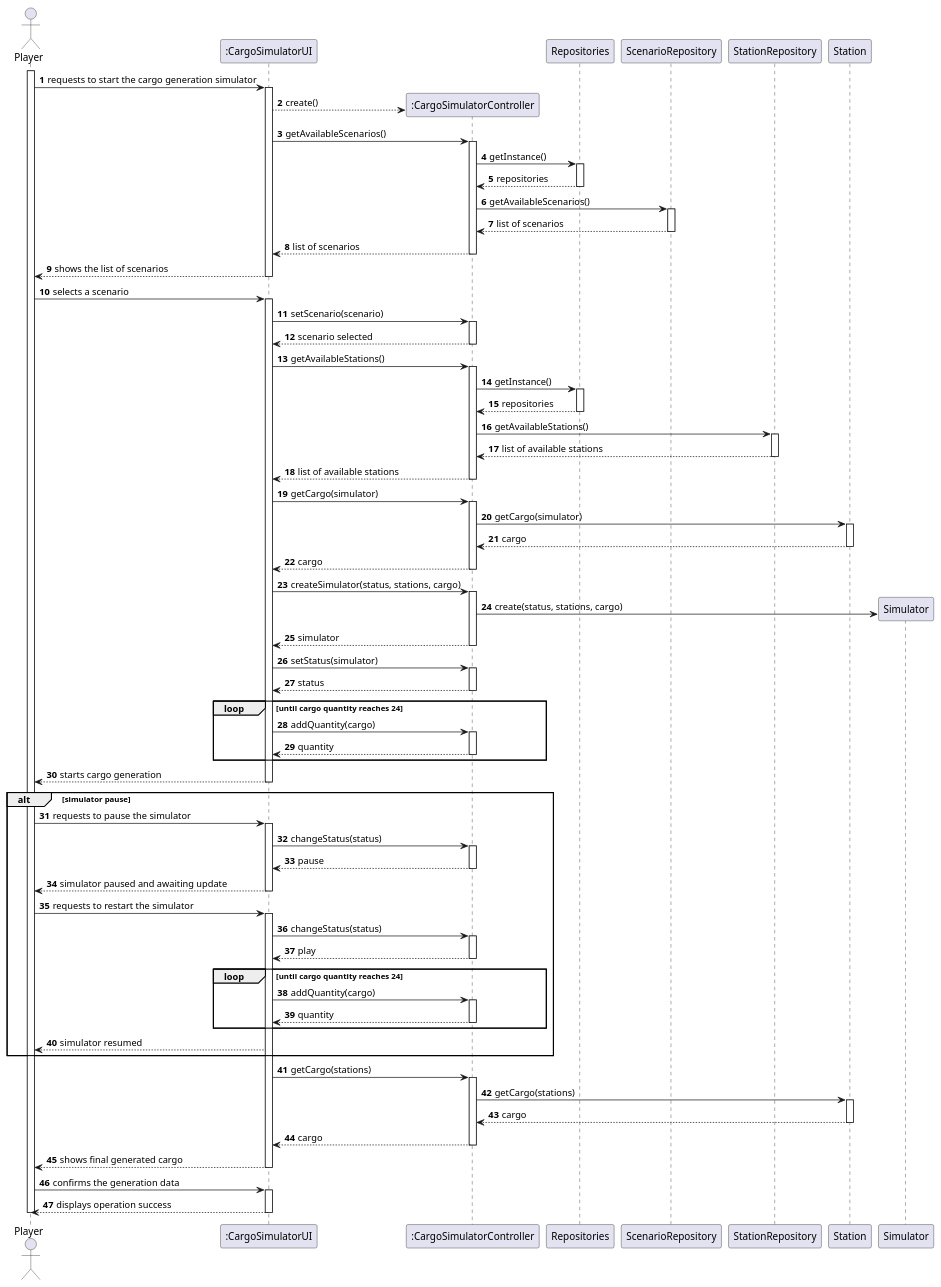
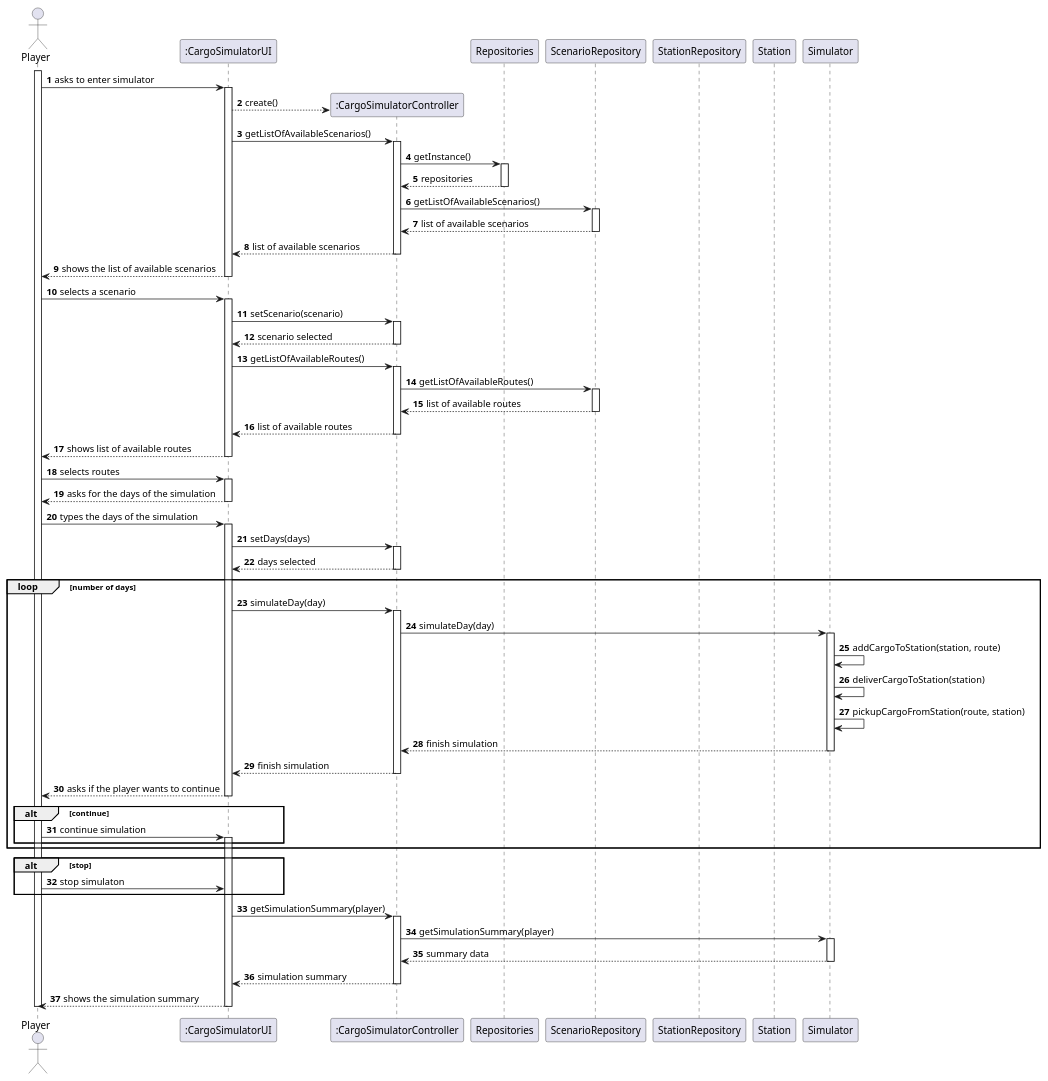
The diagram in Sprint2/US012/03.design/puml/US012-SD-full.puml (1240935/pi2-railway-simulator), drawn with PlantUML before and after one commit. The commit also changed 7 other files, not shown here.

```diff
--- a/Sprint2/US012/03.design/puml/US012-SD-full.puml
+++ b/Sprint2/US012/03.design/puml/US012-SD-full.puml
@@ -1,180 +1,132 @@
 @startuml
 'skinparam monochrome true
 skinparam packageStyle rectangle
 skinparam shadowing false
 
 autonumber
 
 actor "Player" as PLAYER
 participant ":CargoSimulatorUI" as UI
 participant ":CargoSimulatorController" as CTRL
 participant "Repositories" as REPOS
 participant "ScenarioRepository" as SREPOS
 participant "StationRepository" as STREPOS
 participant "Station" as STATION
-participant "Simulator" as SIMULATOR
+participant "Simulator" as SIM
 
 activate PLAYER
 
-    PLAYER -> UI : requests to start the cargo generation simulator
-    activate UI
+     PLAYER -> UI : asks to enter simulator
+            activate UI
 
-        UI --> CTRL** : create()
+                UI --> CTRL** : create()
+                UI -> CTRL : getListOfAvailableScenarios()
+                activate CTRL
 
-            UI -> CTRL : getAvailableScenarios()
-            activate CTRL
+                    CTRL -> REPOS : getInstance()
+                    activate REPOS
 
-            CTRL -> REPOS : getInstance()
-            activate REPOS
+                        REPOS --> CTRL : repositories
+                    deactivate REPOS
 
-            REPOS --> CTRL: repositories
+                    CTRL -> SREPOS : getListOfAvailableScenarios()
+                    activate SREPOS
 
-            deactivate REPOS
+                        SREPOS --> CTRL : list of available scenarios
+                    deactivate SREPOS
 
-            CTRL -> SREPOS : getAvailableScenarios()
-            activate SREPOS
+                    CTRL --> UI : list of available scenarios
+                deactivate CTRL
 
-            SREPOS --> CTRL : list of scenarios
-
-            deactivate SREPOS
-            CTRL --> UI : list of scenarios
-            deactivate CTRL
-              UI --> PLAYER : shows the list of scenarios
-
+            UI --> PLAYER : shows the list of available scenarios
             deactivate UI
 
+            PLAYER -> UI : selects a scenario
+            activate UI
 
-            PLAYER -> UI: selects a scenario
+                UI -> CTRL : setScenario(scenario)
+                activate CTRL
+
+                    CTRL --> UI : scenario selected
+                deactivate CTRL
+
+                UI -> CTRL : getListOfAvailableRoutes()
+                activate CTRL
+
+                    CTRL -> SREPOS : getListOfAvailableRoutes()
+                    activate SREPOS
+
+                        SREPOS --> CTRL : list of available routes
+                    deactivate SREPOS
+
+                    CTRL --> UI : list of available routes
+                deactivate CTRL
+
+            UI --> PLAYER : shows list of available routes
+            deactivate UI
+
+            PLAYER -> UI : selects routes
             activate UI
-        UI -> CTRL : setScenario(scenario)
-        activate CTRL
 
-        CTRL --> UI : scenario selected
-        deactivate CTRL
-        UI -> CTRL : getAvailableStations()
-        activate CTRL
+            UI --> PLAYER : asks for the days of the simulation
+            deactivate UI
+    PLAYER -> UI : types the days of the simulation
+            activate UI
 
-        CTRL -> REPOS : getInstance()
-          activate REPOS
+                UI -> CTRL : setDays(days)
+                activate CTRL
 
-        REPOS --> CTRL: repositories
+                    CTRL --> UI : days selected
+                deactivate CTRL
 
-        deactivate REPOS
+    loop number of days
 
-        CTRL -> STREPOS : getAvailableStations()
-        activate STREPOS
+                UI -> CTRL : simulateDay(day)
+                activate CTRL
 
-        STREPOS --> CTRL : list of available stations
-        deactivate STREPOS
+                    CTRL -> SIM : simulateDay(day)
+                    activate SIM
 
-        CTRL --> UI: list of available stations
-        deactivate CTRL
+                        SIM -> SIM : addCargoToStation(station, route)
 
-        UI -> CTRL: getCargo(simulator)
+                        SIM -> SIM : deliverCargoToStation(station)
 
-        activate CTRL
-
-        CTRL -> STATION: getCargo(simulator)
-
-        activate STATION
-
-        STATION --> CTRL: cargo
-
-        deactivate STATION
-
-        CTRL --> UI: cargo
-        deactivate CTRL
-
-        UI -> CTRL: createSimulator(status, stations, cargo)
-
-        activate CTRL
-
-        CTRL -> SIMULATOR** : create(status, stations, cargo)
-
-        CTRL --> UI : simulator
-
-        deactivate CTRL
-
-        UI -> CTRL: setStatus(simulator)
-
-       activate CTRL
-
-       CTRL--> UI: status
-       deactivate CTRL
-
-       loop until cargo quantity reaches 24
-
-       UI -> CTRL: addQuantity(cargo)
-
-       activate CTRL
-
-       CTRL --> UI: quantity
-       deactivate CTRL
-       end loop
+                        SIM -> SIM : pickupCargoFromStation(route, station)
 
 
-        UI --> PLAYER : starts cargo generation
-        deactivate UI
+                    SIM --> CTRL : finish simulation
+                    deactivate SIM
 
-    alt simulator pause
+                    CTRL --> UI : finish simulation
+                deactivate CTRL
 
-        PLAYER -> UI : requests to pause the simulator
-        activate UI
-            UI -> CTRL : changeStatus(status)
+                UI --> PLAYER : asks if the player wants to continue
+            deactivate UI
 
-            activate CTRL
-
-            CTRL --> UI : pause
-            deactivate CTRL
-        UI --> PLAYER : simulator paused and awaiting update
-        deactivate UI
-
-        PLAYER -> UI : requests to restart the simulator
-        activate UI
-
-            UI -> CTRL : changeStatus(status)
-            activate CTRL
-
-            CTRL --> UI : play
-            deactivate CTRL
-
-             loop until cargo quantity reaches 24
-
-                   UI -> CTRL: addQuantity(cargo)
-
-                   activate CTRL
-
-                   CTRL --> UI: quantity
-                   deactivate CTRL
-                   end loop
-            deactivate CTRL
-        UI --> PLAYER : simulator resumed
+    alt continue
+            PLAYER -> UI : continue simulation
+            activate UI
+    end alt
+    end loop
+    alt stop
+            PLAYER -> UI : stop simulaton
 
     end alt
+                UI -> CTRL : getSimulationSummary(player)
+                activate CTRL
 
-    UI -> CTRL: getCargo(stations)
+                    CTRL -> SIM : getSimulationSummary(player)
+                    activate SIM
 
-            activate CTRL
+                    SIM --> CTRL : summary data
+                    deactivate SIM
 
-            CTRL -> STATION: getCargo(stations)
+                    CTRL --> UI : simulation summary
+                deactivate CTRL
 
-            activate STATION
+            UI --> PLAYER : shows the simulation summary
+            deactivate UI
 
-            STATION --> CTRL: cargo
+    deactivate PLAYER
 
-            deactivate STATION
-
-            CTRL --> UI: cargo
-            deactivate CTRL
-
-    UI --> PLAYER : shows final generated cargo
-    deactivate UI
-
-    PLAYER -> UI : confirms the generation data
-    activate UI
-
-    UI --> PLAYER : displays operation success
-    deactivate UI
-
-deactivate PLAYER
 @enduml
```
